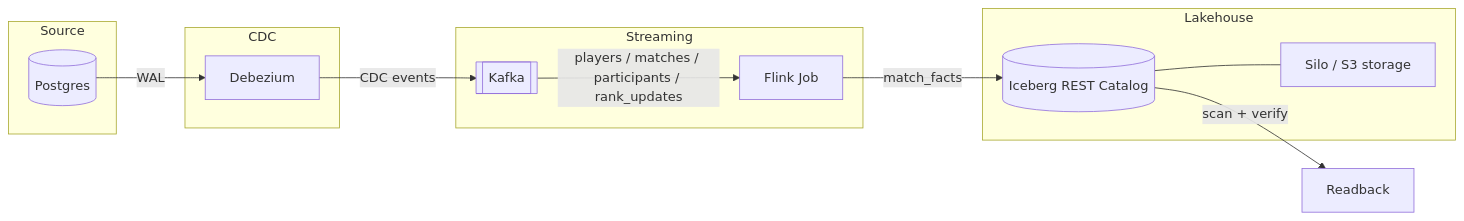
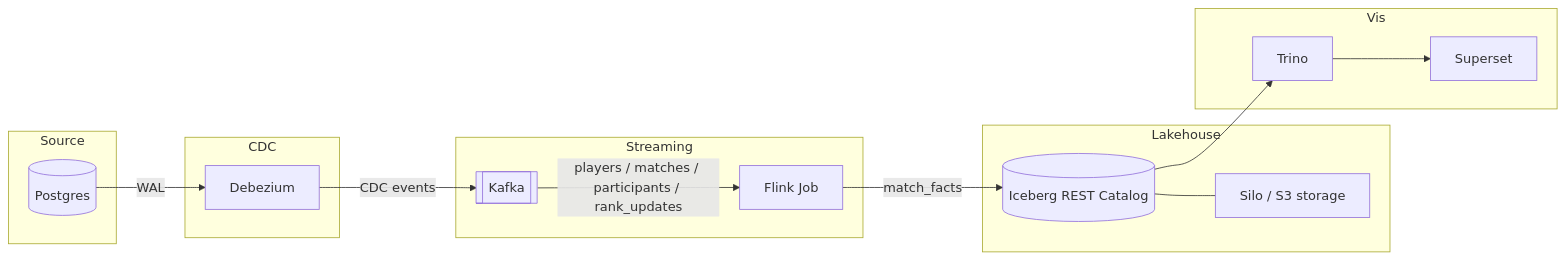
One commit to Andrew-Hinson/stream-join-lab changed the diagram in README.md. Above: the diagram before and after it, drawn with Mermaid. The commit also changed other lines of this file and 25 other files, not shown here.

````diff
--- a/README.md
+++ b/README.md
@@ -7,25 +7,29 @@
 ```mermaid
 flowchart LR
     subgraph Source
         PG[(Postgres)]
     end
     subgraph CDC
         DBZ[Debezium]
     end
     subgraph Streaming
         KFK[[Kafka]]
         FLK[Flink Job]
     end
     subgraph Lakehouse
         ICE[(Iceberg REST Catalog)]
         S3[Silo / S3 storage]
     end
-    RB[Readback]
+    subgraph Vis
+        TR[Trino]
+        SS[Superset]
+    end
 
     PG -- WAL --> DBZ
     DBZ -- CDC events --> KFK
     KFK -- players / matches / participants / rank_updates --> FLK
     FLK -- match_facts --> ICE
     ICE --- S3
-    ICE -- scan + verify --> RB
+    ICE --> TR
+    TR --> SS
 ```
````
